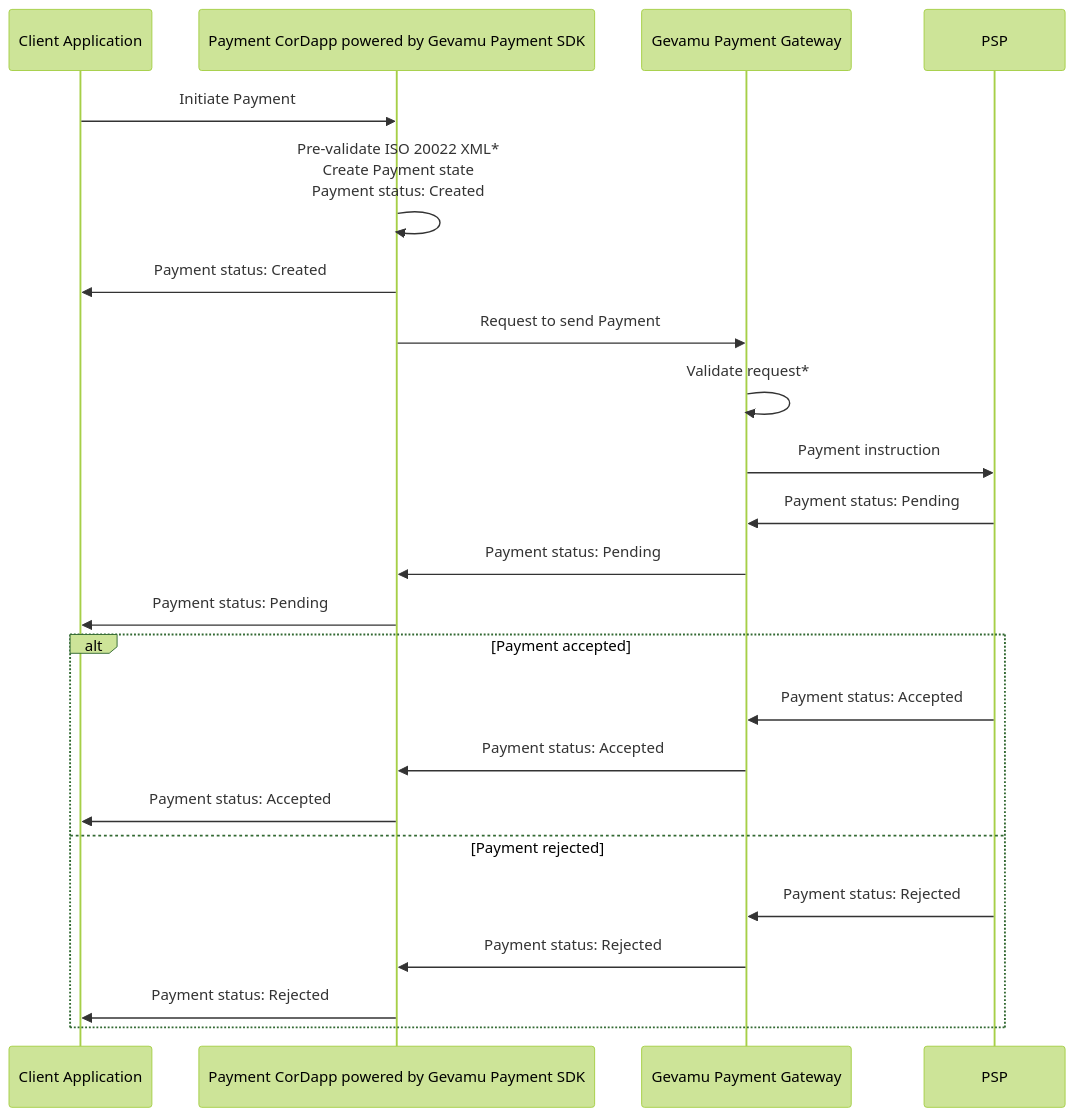
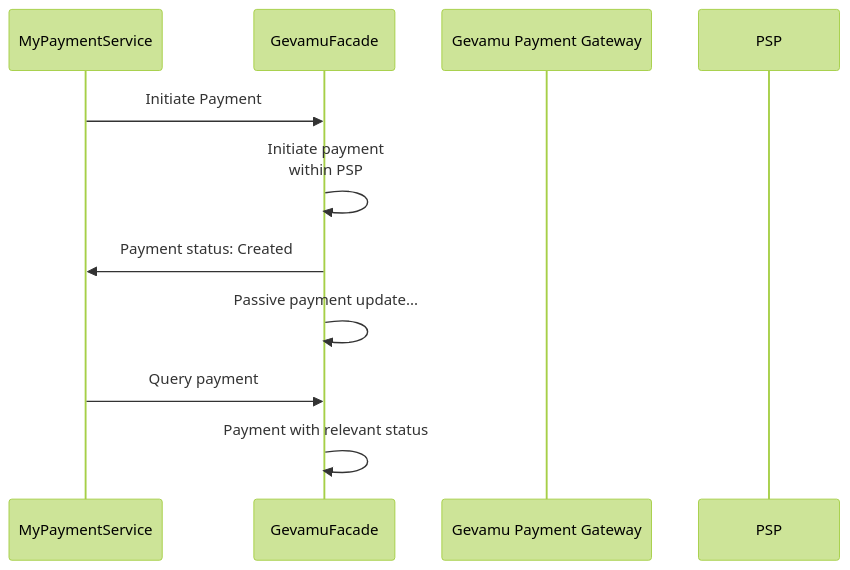
Before and after one commit to gevamu/gevamu.github.io: the second of 2 diagrams in content/4.examples/send-payment.draft.md, drawn with Mermaid (forest theme).

Commit message:
Update content/4.examples/send-payment.draft.md
diagramm corrections

````diff
--- a/content/4.examples/send-payment.draft.md
+++ b/content/4.examples/send-payment.draft.md
@@ -50,35 +50,17 @@
 ```mermaid
 
 sequenceDiagram
-  participant CA as Client Application
-  participant PCD as Payment CorDapp powered by Gevamu Payment SDK
+  participant CA as MyPaymentService
+  participant PCD as GevamuFacade
   participant GPG as Gevamu Payment Gateway
   participant PSP
 
 
   CA->>PCD: Initiate Payment
-  PCD->>PCD: Pre-validate ISO 20022 XML* <br/> Create Payment state <br/> Payment status: Created
+  PCD->>PCD: Initiate payment <br/> within PSP
   PCD->>CA: Payment status: Created
-  PCD->>GPG: Request to send Payment
-  GPG->>GPG: Validate request*
-  GPG->>PSP: Payment instruction
-  
-  PSP->>GPG: Payment status: Pending
-  GPG->>PCD: Payment status: Pending
-  PCD->>CA: Payment status: Pending
-  
-  alt Payment accepted
-
-    PSP->>GPG: Payment status: Accepted 
-    GPG->>PCD: Payment status: Accepted 
-    PCD->>CA: Payment status: Accepted 
-  
-  else Payment rejected
-    
-    PSP->>GPG: Payment status: Rejected 
-    GPG->>PCD: Payment status: Rejected 
-    PCD->>CA: Payment status: Rejected 
-    
-  end
+  PCD->>PCD: Passive payment update...
+  CA->>PCD: Query payment
+  PCD->>PCD: Payment with relevant status
 
 ```
````
